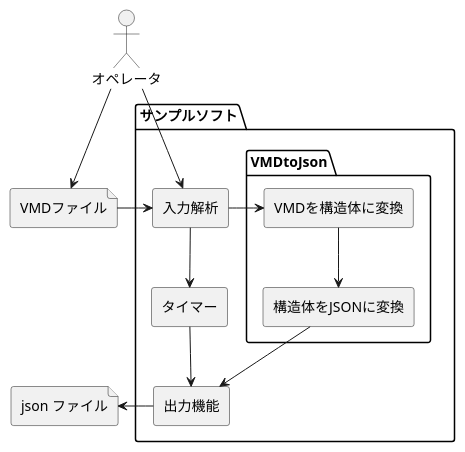
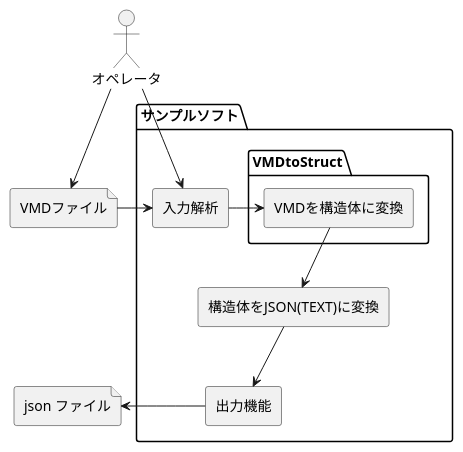
Before and after one commit to MaSiRoProjectOSS/VMDtoJSON: the diagram in README.md, drawn with PlantUML. The commit also changed 23 other files, not shown here.

````diff
--- a/README.md
+++ b/README.md
@@ -37,30 +37,27 @@
 ```puml
 @startuml
 actor "オペレータ" as AC
 file VMDファイル as VMDFile
 
 package サンプルソフト {
     rectangle ”入力解析” as input_function
-    package VMDtoJson {
+    package VMDtoStruct {
         rectangle "VMDを構造体に変換" as vmd_to_struct
-        rectangle "構造体をJSONに変換" as struct_to_json
     }
+    rectangle "構造体をJSON(TEXT)に変換" as struct_to_json
     rectangle "出力機能" as output_function
-    rectangle "タイマー" as timer
 }
 
 file "json ファイル" as json_file
 
 AC -down-> input_function
 AC -down-> VMDFile
 VMDFile -right-> input_function
 input_function -right-> vmd_to_struct
 vmd_to_struct --> struct_to_json
 struct_to_json --> output_function
 output_function -left-> json_file
 
-input_function --> timer
-timer --> output_function
 
 @enduml
 ```
````
